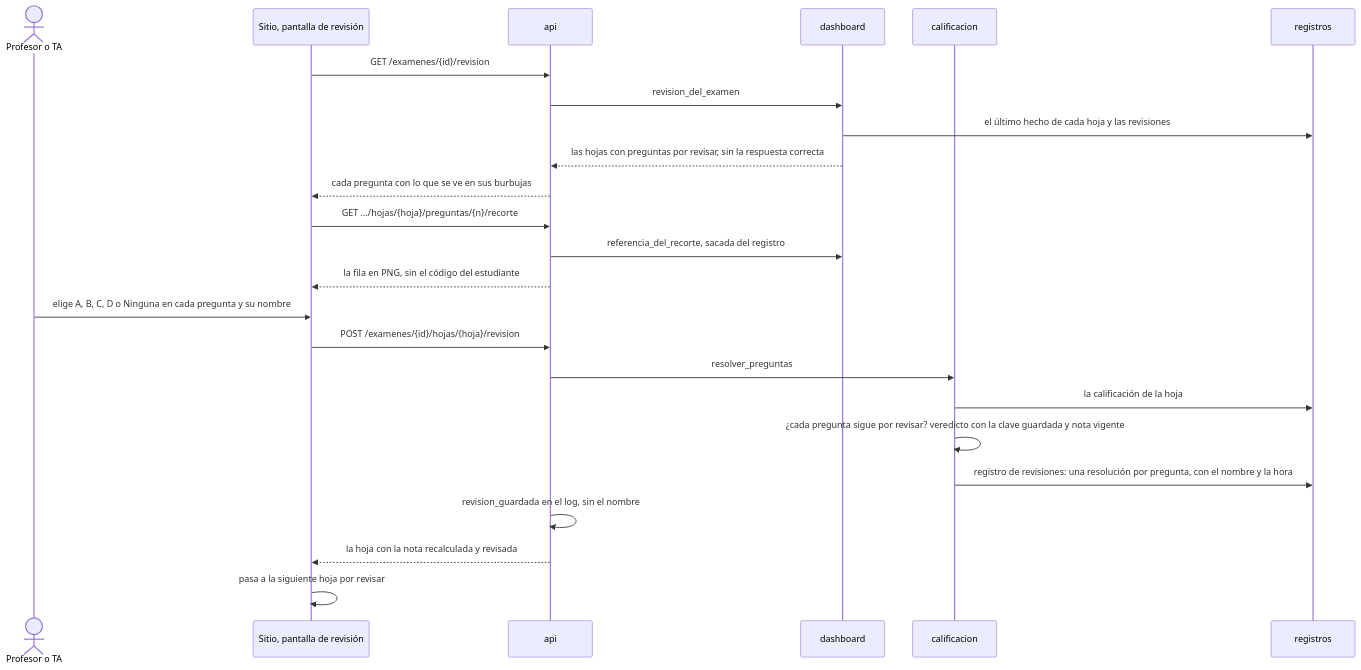
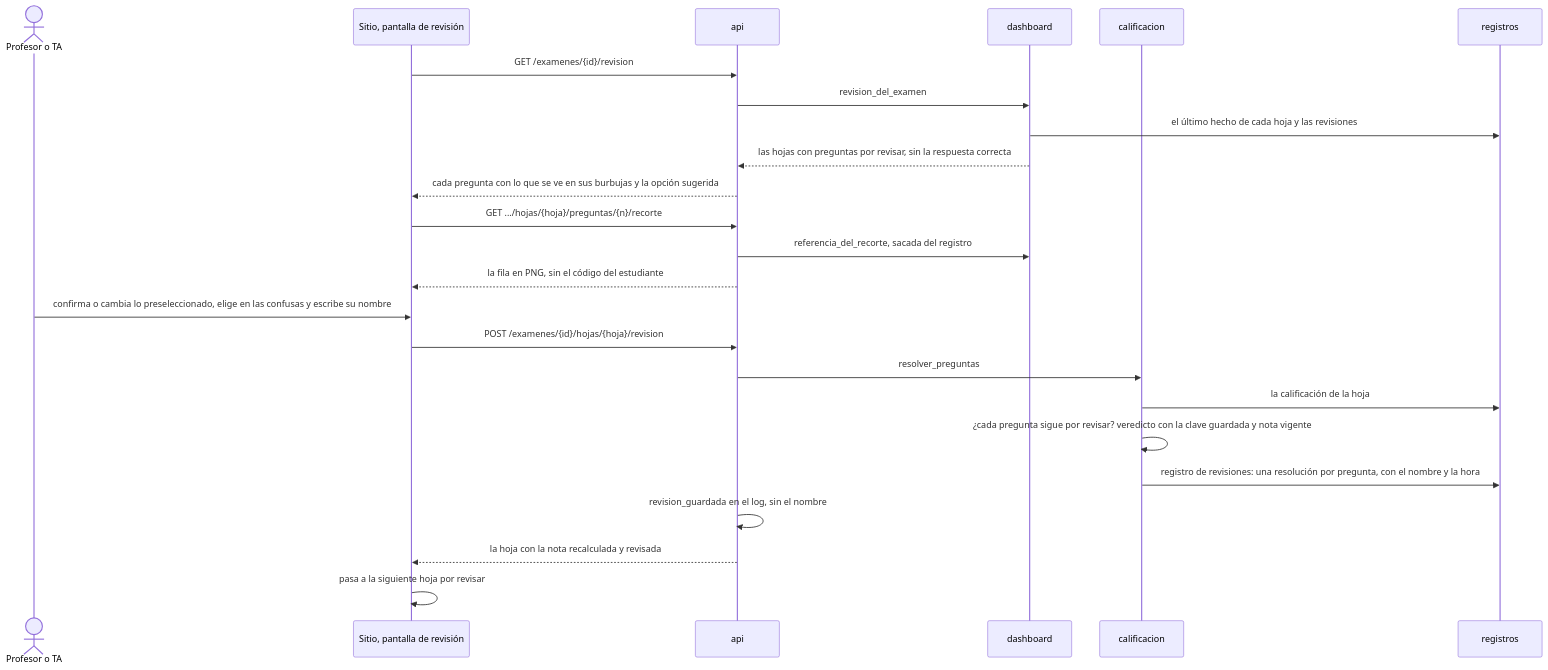
One commit to ISCOUTB/AS_202620_Sistema-de-calificacion-automatica changed the sixth of 8 diagrams in docs/arc42/arc42-template-ES.md. Above: the diagram before and after it, drawn with Mermaid. The commit also changed other lines of this file, not shown here.

````diff
--- a/docs/arc42/arc42-template-ES.md
+++ b/docs/arc42/arc42-template-ES.md
@@ -842,26 +842,26 @@
 ```mermaid
 sequenceDiagram
     actor P as Profesor o TA
     participant S as Sitio, pantalla de revisión
     participant API as api
     participant D as dashboard
     participant C as calificacion
     participant R as registros
     S->>API: GET /examenes/{id}/revision
     API->>D: revision_del_examen
     D->>R: el último hecho de cada hoja y las revisiones
     D-->>API: las hojas con preguntas por revisar, sin la respuesta correcta
-    API-->>S: cada pregunta con lo que se ve en sus burbujas
+    API-->>S: cada pregunta con lo que se ve en sus burbujas y la opción sugerida
     S->>API: GET .../hojas/{hoja}/preguntas/{n}/recorte
     API->>D: referencia_del_recorte, sacada del registro
     API-->>S: la fila en PNG, sin el código del estudiante
-    P->>S: elige A, B, C, D o Ninguna en cada pregunta y su nombre
+    P->>S: confirma o cambia lo preseleccionado, elige en las confusas y escribe su nombre
     S->>API: POST /examenes/{id}/hojas/{hoja}/revision
     API->>C: resolver_preguntas
     C->>R: la calificación de la hoja
     C->>C: ¿cada pregunta sigue por revisar? veredicto con la clave guardada y nota vigente
     C->>R: registro de revisiones: una resolución por pregunta, con el nombre y la hora
     API->>API: revision_guardada en el log, sin el nombre
     API-->>S: la hoja con la nota recalculada y revisada
     S->>S: pasa a la siguiente hoja por revisar
 ```
````
